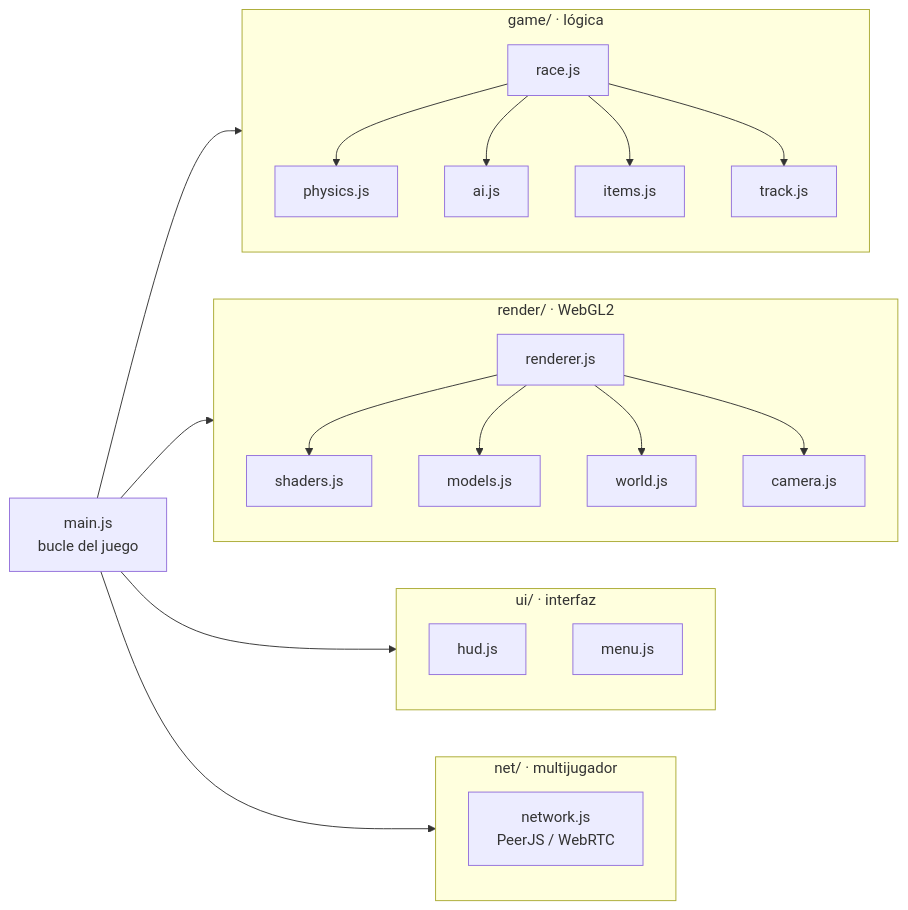
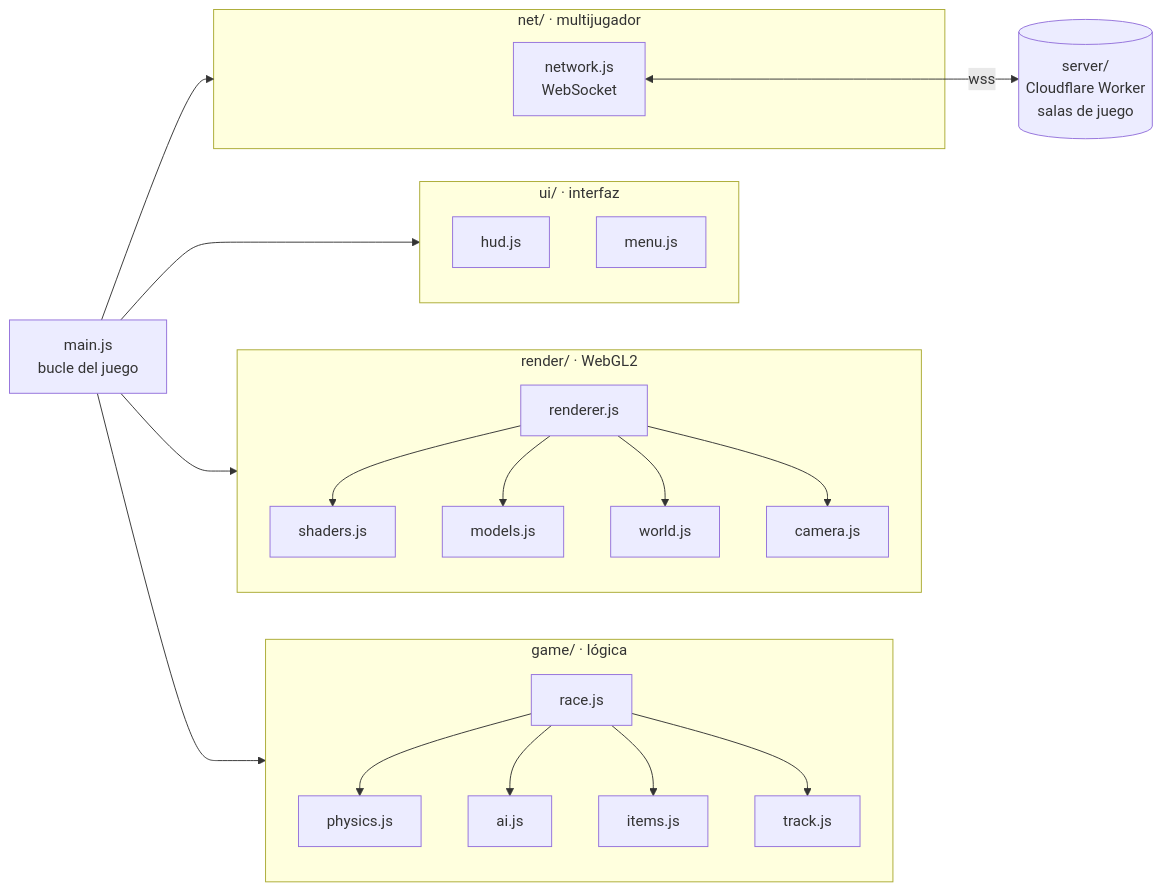
One commit to Rickyrdguez/Lambo-kart changed the diagram in README.md. Above: the diagram before and after it, drawn with Mermaid. The commit also changed other lines of this file and 9 other files, not shown here.

````diff
--- a/README.md
+++ b/README.md
@@ -65,30 +66,32 @@
 ```mermaid
 flowchart LR
     main[main.js<br/>bucle del juego] --> game
     main --> render
     main --> ui
     main --> net
 
     subgraph game [game/ · lógica]
         race[race.js] --> physics[physics.js]
         race --> ai[ai.js]
         race --> items[items.js]
         race --> track[track.js]
     end
 
     subgraph render [render/ · WebGL2]
         renderer[renderer.js] --> shaders[shaders.js]
         renderer --> models[models.js]
         renderer --> world[world.js]
         renderer --> camera[camera.js]
     end
 
     subgraph ui [ui/ · interfaz]
         hud[hud.js]
         menu[menu.js]
     end
 
     subgraph net [net/ · multijugador]
-        network[network.js<br/>PeerJS / WebRTC]
+        network[network.js<br/>WebSocket]
     end
+
+    network <-- wss --> relay[(server/<br/>Cloudflare Worker<br/>salas de juego)]
 ```
````
